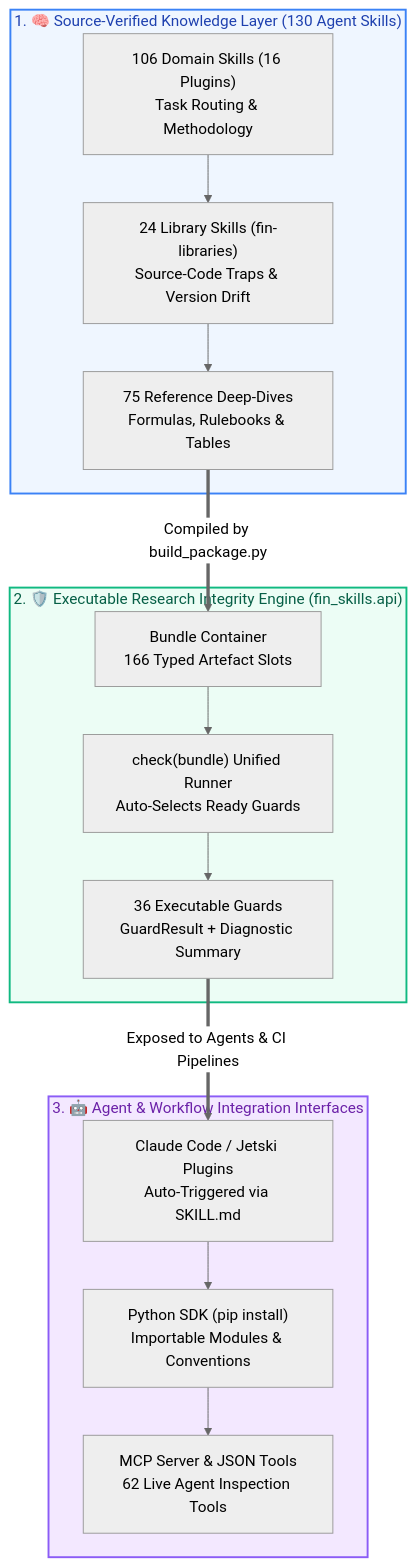
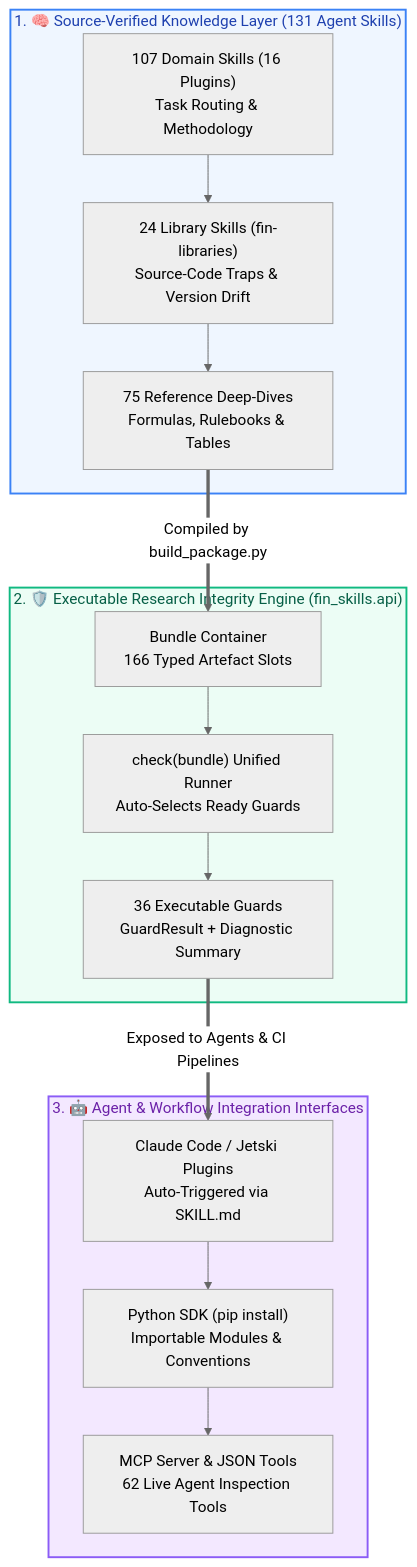
One commit to howard-lynn-ye/Fin-RSI changed the diagram in README.md. Above: the diagram before and after it, drawn with Mermaid (neutral theme). The commit also changed other lines of this file and 31 other files, not shown here.

````diff
--- a/README.md
+++ b/README.md
@@ -76,21 +76,21 @@
 ```mermaid
 flowchart TD
-    subgraph TIER1 ["1. 🧠 Source-Verified Knowledge Layer (130 Agent Skills)"]
-        D1["106 Domain Skills (16 Plugins)<br/>Task Routing & Methodology"] --> D2["24 Library Skills (fin-libraries)<br/>Source-Code Traps & Version Drift"] --> D3["75 Reference Deep-Dives<br/>Formulas, Rulebooks & Tables"]
+    subgraph TIER1 ["1. 🧠 Source-Verified Knowledge Layer (131 Agent Skills)"]
+        D1["107 Domain Skills (16 Plugins)<br/>Task Routing & Methodology"] --> D2["24 Library Skills (fin-libraries)<br/>Source-Code Traps & Version Drift"] --> D3["75 Reference Deep-Dives<br/>Formulas, Rulebooks & Tables"]
     end
 
     subgraph TIER2 ["2. 🛡️ Executable Research Integrity Engine (fin_skills.api)"]
         E1["Bundle Container<br/>166 Typed Artefact Slots"] --> E2["check(bundle) Unified Runner<br/>Auto-Selects Ready Guards"] --> E3["36 Executable Guards<br/>GuardResult + Diagnostic Summary"]
     end
 
     subgraph TIER3 ["3. 🤖 Agent & Workflow Integration Interfaces"]
         I1["Claude Code / Jetski Plugins<br/>Auto-Triggered via SKILL.md"] --> I2["Python SDK (pip install)<br/>Importable Modules & Conventions"] --> I3["MCP Server & JSON Tools<br/>62 Live Agent Inspection Tools"]
     end
 
     D3 ==>|Compiled by build_package.py| E1
     E3 ==>|Exposed to Agents & CI Pipelines| I1
 
     style TIER1 fill:#eff6ff,stroke:#3b82f6,stroke-width:2px,color:#1e40af
     style TIER2 fill:#ecfdf5,stroke:#10b981,stroke-width:2px,color:#065f46
     style TIER3 fill:#f3e8ff,stroke:#8b5cf6,stroke-width:2px,color:#6b21a8
 ```
````
